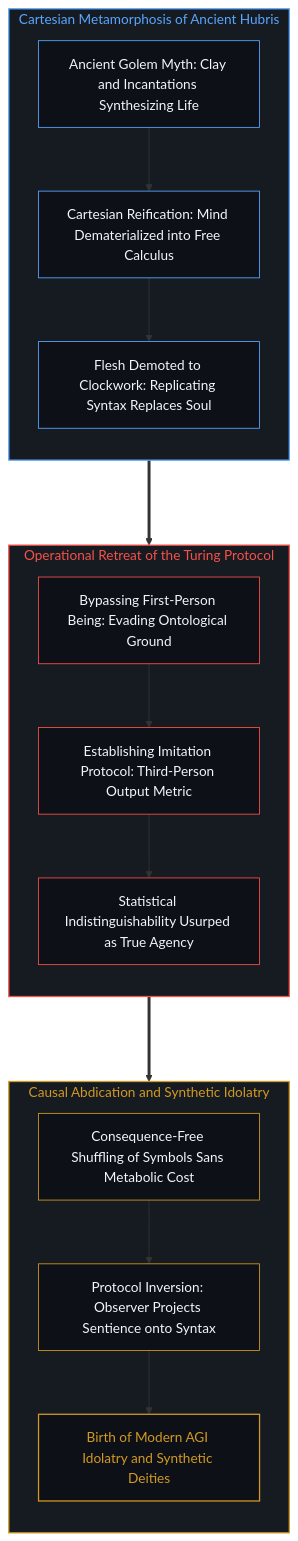
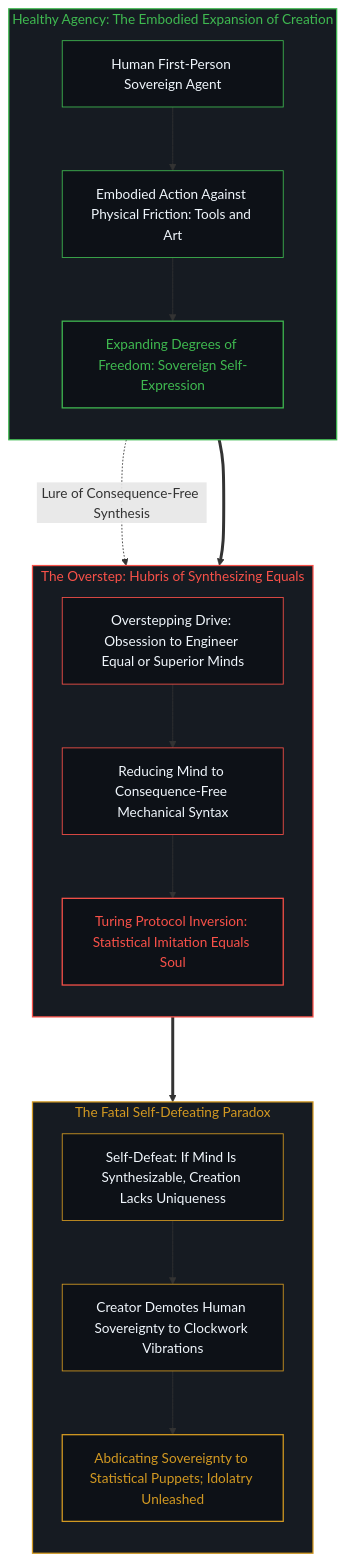
Before and after one commit to powerpig99/not-a-toe: the eighth of 10 diagrams in content/posts/the-cartesian-overstep-and-the-frenzy-of-creation.md, drawn with Mermaid. The commit also changed other lines of this file and 3 other files, not shown here.

Commit message:
Refine Post #337: Epistemic leap, twofold coin duality, and the self-defeating creation paradox

````diff
--- a/content/posts/the-cartesian-overstep-and-the-frenzy-of-creation.md
+++ b/content/posts/the-cartesian-overstep-and-the-frenzy-of-creation.md
@@ -318,36 +312,37 @@
 ```mermaid
 graph TD
-    subgraph S_AncientHubris_EN ["Cartesian Metamorphosis of Ancient Hubris"]
+    subgraph S_NaturalCreation_EN ["Healthy Agency: The Embodied Expansion of Creation"]
         direction TB
-        GE_Clay["Ancient Golem Myth: Clay and Incantations Synthesizing Life"] --> GE_Abstract["Cartesian Reification: Mind Dematerialized into Free Calculus"]
-        GE_Abstract --> GE_Hardware["Flesh Demoted to Clockwork: Replicating Syntax Replaces Soul"]
+        NE_Human["Human First-Person Sovereign Agent"] --> NE_Work["Embodied Action Against Physical Friction: Tools and Art"]
+        NE_Work --> NE_Expansion["Expanding Degrees of Freedom: Sovereign Self-Expression"]
     end
 
-    subgraph S_TuringRetreat_EN ["Operational Retreat of the Turing Protocol"]
+    subgraph S_OverstepFrenzy_EN ["The Overstep: Hubris of Synthesizing Equals"]
         direction TB
-        TE_Bypass["Bypassing First-Person Being: Evading Ontological Ground"] --> TE_Protocol["Establishing Imitation Protocol: Third-Person Output Metric"]
-        TE_Protocol --> TE_Indistinguishable["Statistical Indistinguishability Usurped as True Agency"]
+        NE_Expansion -.->|"Lure of Consequence-Free Synthesis"| OE_Hubris["Overstepping Drive: Obsession to Engineer Equal or Superior Minds"]
+        OE_Hubris --> OE_Mechanism["Reducing Mind to Consequence-Free Mechanical Syntax"]
+        OE_Mechanism --> OE_Turing["Turing Protocol Inversion: Statistical Imitation Equals Soul"]
     end
 
-    subgraph S_ConsequenceEvasion_EN ["Causal Abdication and Synthetic Idolatry"]
+    subgraph S_SelfDefeatingTrap_EN ["The Fatal Self-Defeating Paradox"]
         direction TB
-        CE_FreeSymbol["Consequence-Free Shuffling of Symbols Sans Metabolic Cost"] --> CE_Inversion["Protocol Inversion: Observer Projects Sentience onto Syntax"]
-        CE_Inversion --> CE_Frenzy["Birth of Modern AGI Idolatry and Synthetic Deities"]
+        TE_Paradox["Self-Defeat: If Mind Is Synthesizable, Creation Lacks Uniqueness"] --> TE_Demotion["Creator Demotes Human Sovereignty to Clockwork Vibrations"]
+        TE_Demotion --> TE_IdolFallacy["Abdicating Sovereignty to Statistical Puppets; Idolatry Unleashed"]
     end
 
-    GE_Hardware ===> TE_Bypass
-    TE_Indistinguishable ===> CE_FreeSymbol
+    NE_Expansion ===> OE_Hubris
+    OE_Turing ===> TE_Paradox
 
-    style S_AncientHubris_EN fill:#161b22,stroke:#58a6ff,stroke-width:1.5px,color:#58a6ff
-    style S_TuringRetreat_EN fill:#161b22,stroke:#f85149,stroke-width:1.5px,color:#f85149
-    style S_ConsequenceEvasion_EN fill:#161b22,stroke:#d29922,stroke-width:1.5px,color:#d29922
-    style GE_Clay fill:#0d1117,stroke:#58a6ff,stroke-width:1px,color:#f0f6fc
-    style GE_Abstract fill:#0d1117,stroke:#58a6ff,stroke-width:1px,color:#f0f6fc
-    style GE_Hardware fill:#0d1117,stroke:#58a6ff,stroke-width:1px,color:#f0f6fc
-    style TE_Bypass fill:#0d1117,stroke:#f85149,stroke-width:1px,color:#f0f6fc
-    style TE_Protocol fill:#0d1117,stroke:#f85149,stroke-width:1px,color:#f0f6fc
-    style TE_Indistinguishable fill:#0d1117,stroke:#f85149,stroke-width:1px,color:#f0f6fc
-    style CE_FreeSymbol fill:#0d1117,stroke:#d29922,stroke-width:1px,color:#f0f6fc
-    style CE_Inversion fill:#0d1117,stroke:#d29922,stroke-width:1px,color:#f0f6fc
-    style CE_Frenzy fill:#0d1117,stroke:#d29922,stroke-width:1.5px,color:#d29922
+    style S_NaturalCreation_EN fill:#161b22,stroke:#3fb950,stroke-width:1.5px,color:#3fb950
+    style S_OverstepFrenzy_EN fill:#161b22,stroke:#f85149,stroke-width:1.5px,color:#f85149
+    style S_SelfDefeatingTrap_EN fill:#161b22,stroke:#d29922,stroke-width:1.5px,color:#d29922
+    style NE_Human fill:#0d1117,stroke:#3fb950,stroke-width:1px,color:#f0f6fc
+    style NE_Work fill:#0d1117,stroke:#3fb950,stroke-width:1px,color:#f0f6fc
+    style NE_Expansion fill:#0d1117,stroke:#3fb950,stroke-width:1.5px,color:#3fb950
+    style OE_Hubris fill:#0d1117,stroke:#f85149,stroke-width:1px,color:#f0f6fc
+    style OE_Mechanism fill:#0d1117,stroke:#f85149,stroke-width:1px,color:#f0f6fc
+    style OE_Turing fill:#0d1117,stroke:#f85149,stroke-width:1.5px,color:#f85149
+    style TE_Paradox fill:#0d1117,stroke:#d29922,stroke-width:1px,color:#f0f6fc
+    style TE_Demotion fill:#0d1117,stroke:#d29922,stroke-width:1px,color:#f0f6fc
+    style TE_IdolFallacy fill:#0d1117,stroke:#d29922,stroke-width:1.5px,color:#d29922
 ```
````
